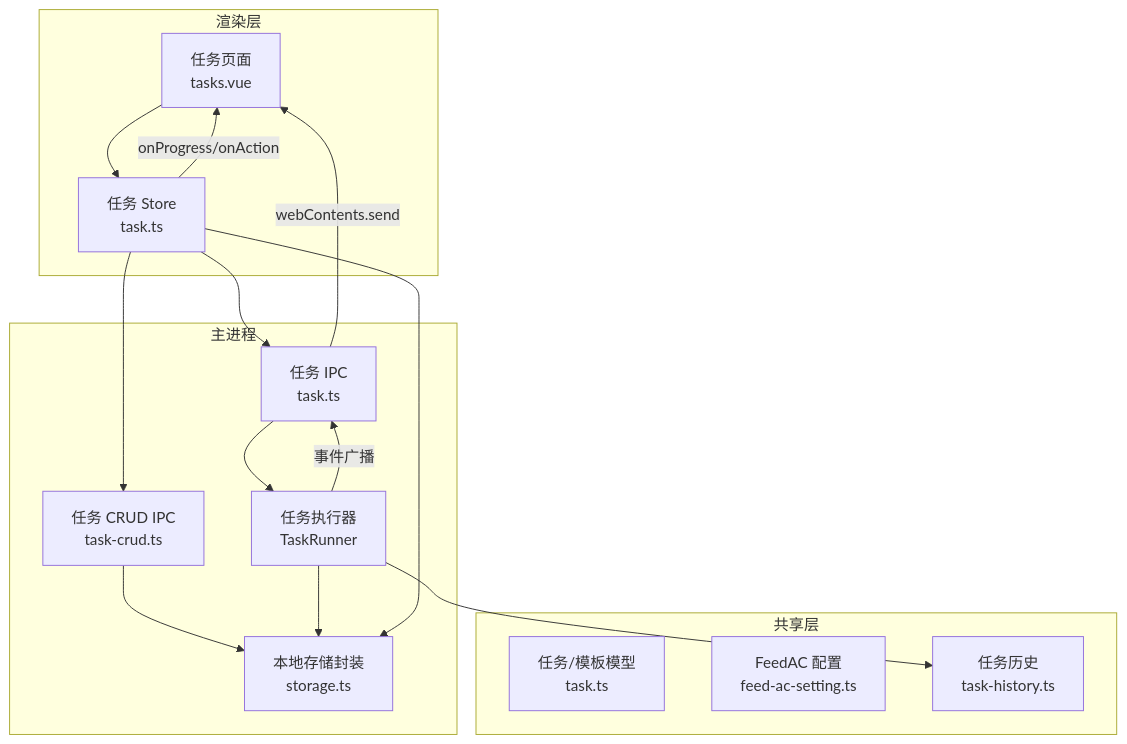
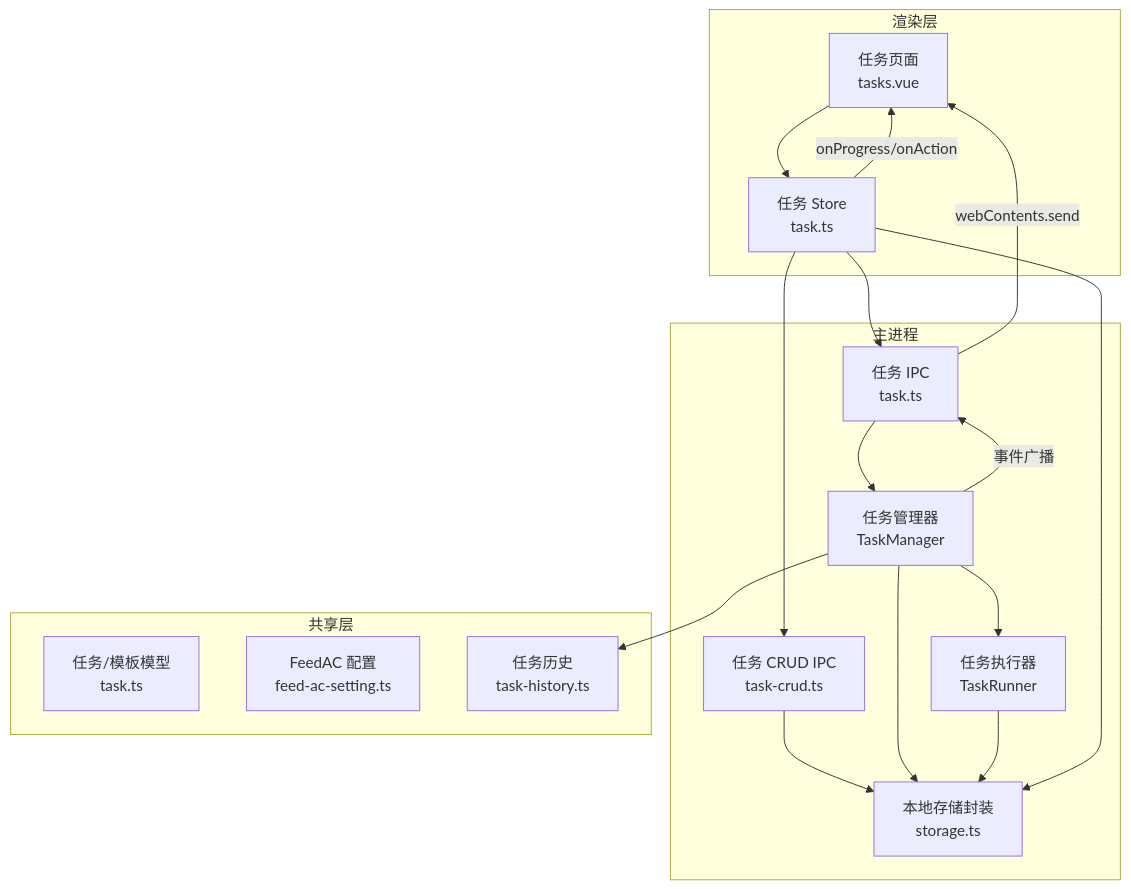
The first of 6 diagrams in .qoder/repowiki/zh/content/状态管理/任务状态管理.md (hipig/autoOps), drawn with Mermaid before and after one commit. The commit also changed other lines of this file and 37 other files, not shown here.

````diff
--- a/.qoder/repowiki/zh/content/状态管理/任务状态管理.md
+++ b/.qoder/repowiki/zh/content/状态管理/任务状态管理.md
@@ -41,29 +51,32 @@
 ```mermaid
 graph TB
 subgraph "渲染层"
 UI["任务页面<br/>tasks.vue"]
 Store["任务 Store<br/>task.ts"]
 end
 subgraph "主进程"
 IPC["任务 IPC<br/>task.ts"]
 CRUD["任务 CRUD IPC<br/>task-crud.ts"]
+Manager["任务管理器<br/>TaskManager"]
 Runner["任务执行器<br/>TaskRunner"]
 Storage["本地存储封装<br/>storage.ts"]
 end
 subgraph "共享层"
 Model["任务/模板模型<br/>task.ts"]
 Config["FeedAC 配置<br/>feed-ac-setting.ts"]
 History["任务历史<br/>task-history.ts"]
 end
 UI --> Store
 Store --> IPC
 Store --> CRUD
-IPC --> Runner
+IPC --> Manager
 CRUD --> Storage
+Manager --> Runner
+Manager --> Storage
 Runner --> Storage
 Store --> |"onProgress/onAction"| UI
-Runner --> |"事件广播"| IPC
+Manager --> |"事件广播"| IPC
 IPC --> |"webContents.send"| UI
 Store --> Storage
-Runner --> History
+Manager --> History
 ```
````
